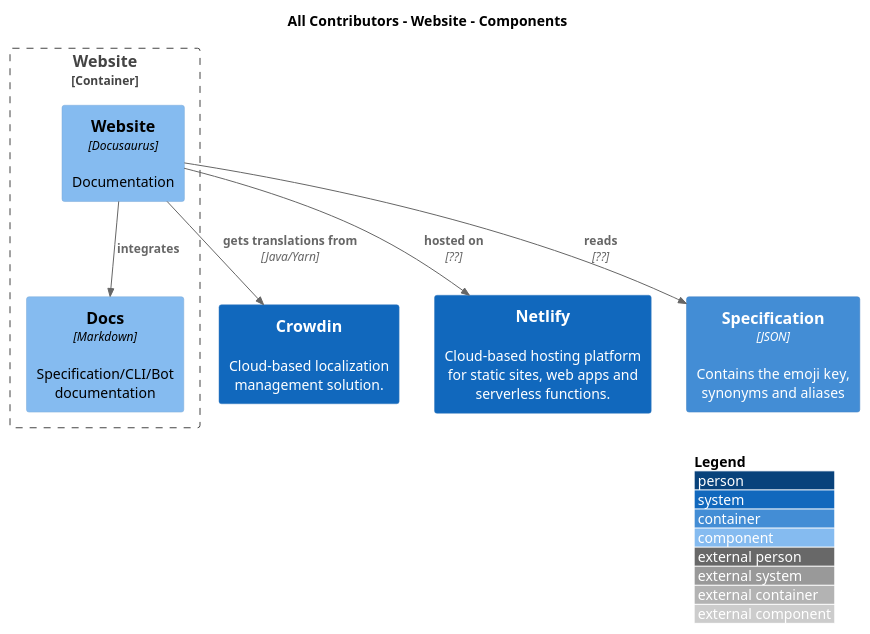
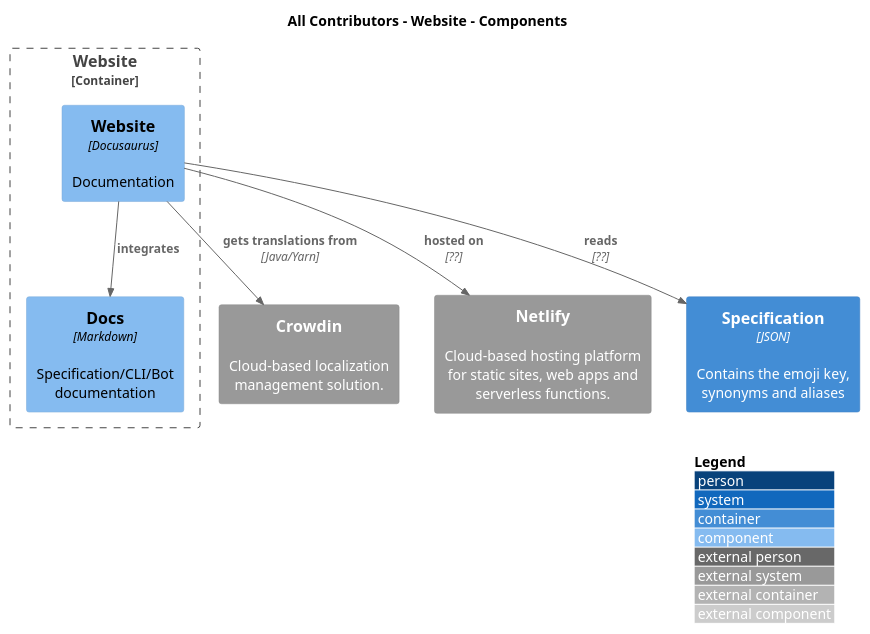
The diagram in diagrams/structurizr-62115-Website_components.puml (all-contributors/architecture), drawn with PlantUML before and after one commit. The commit also changed 8 other files, not shown here.

```diff
--- a/diagrams/structurizr-62115-Website_components.puml
+++ b/diagrams/structurizr-62115-Website_components.puml
@@ -1,21 +1,21 @@
 @startuml(id=Website_components)
 !includeurl https://raw.githubusercontent.com/plantuml-stdlib/C4-PlantUML/master/C4.puml
 !includeurl https://raw.githubusercontent.com/plantuml-stdlib/C4-PlantUML/master/C4_Context.puml
 !includeurl https://raw.githubusercontent.com/plantuml-stdlib/C4-PlantUML/master/C4_Container.puml
 !includeurl https://raw.githubusercontent.com/plantuml-stdlib/C4-PlantUML/master/C4_Component.puml
 LAYOUT_WITH_LEGEND()
 
 title All Contributors - Website - Components
 
-System(30, "Crowdin", "Cloud-based localization management solution.")
-System(26, "Netlify", "Cloud-based hosting platform for static sites, web apps and serverless functions.")
-Container(19, "Specification", "JSON", "Contains the emoji key, synonyms and aliases")
-Container_Boundary(12_boundary, Website) {
-  Component(13, "Docs", "Markdown", "Specification/CLI/Bot documentation")
-  Component(14, "Website", "Docusaurus", "Documentation")
+System_Ext(crowdin, "Crowdin", "Cloud-based localization management solution.")
+System_Ext(netlify, "Netlify", "Cloud-based hosting platform for static sites, web apps and serverless functions.")
+Container(spec, "Specification", "JSON", "Contains the emoji key, synonyms and aliases")
+Container_Boundary(website_boundary, Website) {
+  Component(docs, "Docs", "Markdown", "Specification/CLI/Bot documentation")
+  Component(site, "Website", "Docusaurus", "Documentation")
 }
-Rel_D(14, 30, "gets translations from", "Java/Yarn")
-Rel_D(14, 13, "integrates")
-Rel_D(14, 26, "hosted on", "??")
-Rel_D(14, 19, "reads", "??")
+Rel_D(site, crowdin, "gets translations from", "Java/Yarn")
+Rel_D(site, docs, "integrates")
+Rel_D(site, netlify, "hosted on", "??")
+Rel_D(site, spec, "reads", "??")
 @enduml
```
